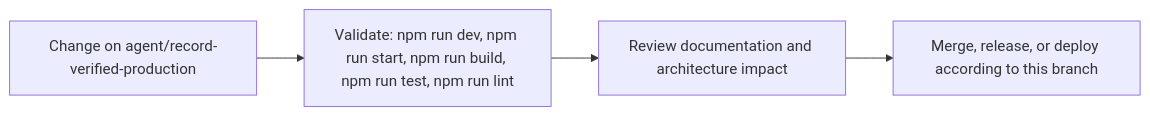
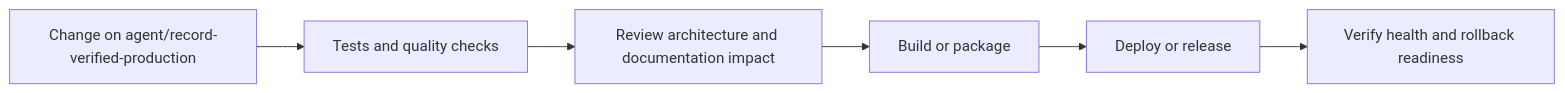
One commit to Nischhalsubba/BindForge-NW changed the fifth of 6 diagrams in README.md. Above: the diagram before and after it, drawn with Mermaid. The commit also changed other lines of this file, not shown here.

````diff
--- a/README.md
+++ b/README.md
@@ -88,8 +184,8 @@
 ```mermaid
 flowchart LR
-    CHANGE["Change on agent/record-verified-production"]
-    CHECK["Validate: npm run dev, npm run start, npm run build, npm run test, npm run lint"]
-    REVIEW["Review documentation and architecture impact"]
-    RELEASE["Merge, release, or deploy according to this branch"]
-    CHANGE --> CHECK --> REVIEW --> RELEASE
+    CHANGE["Change on agent/record-verified-production"] --> CHECK["Tests and quality checks"]
+    CHECK --> REVIEW["Review architecture and documentation impact"]
+    REVIEW --> BUILD["Build or package"]
+    BUILD --> DEPLOY["Deploy or release"]
+    DEPLOY --> VERIFY["Verify health and rollback readiness"]
 ```
````
